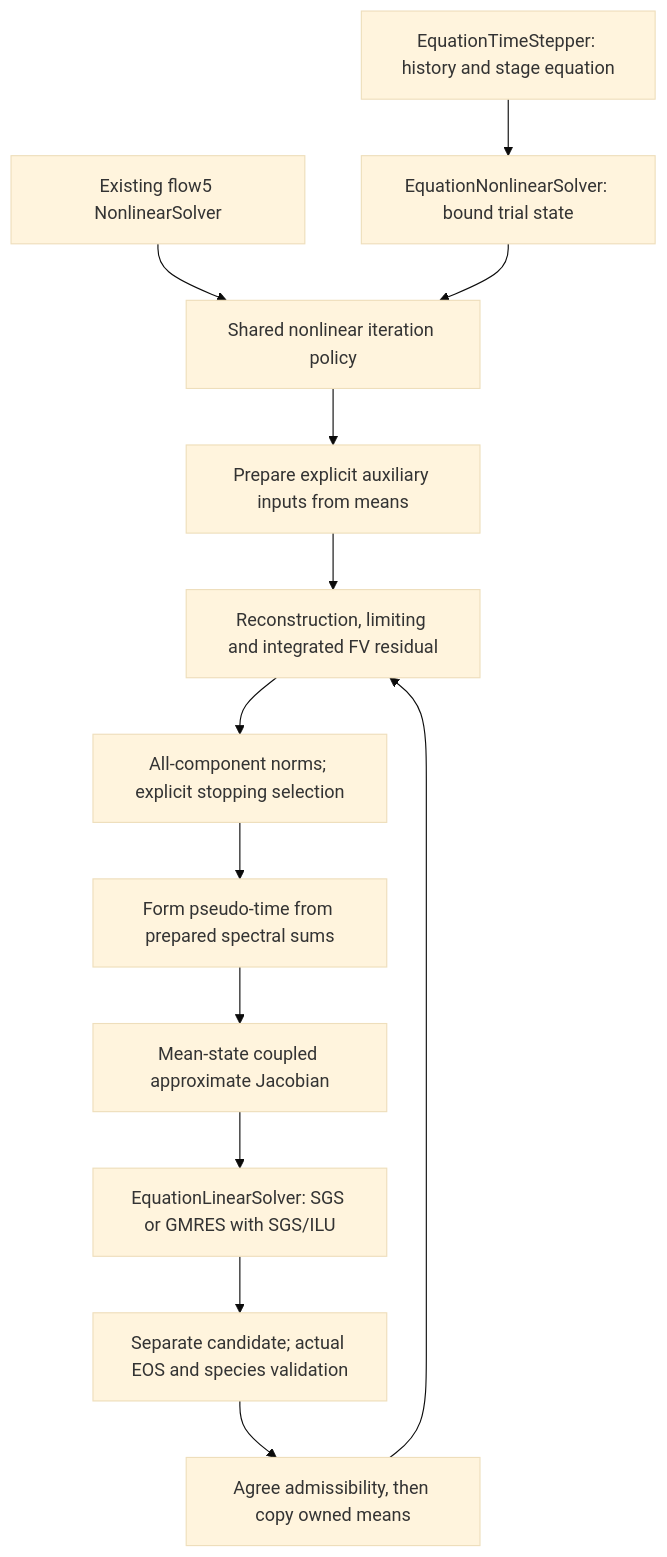
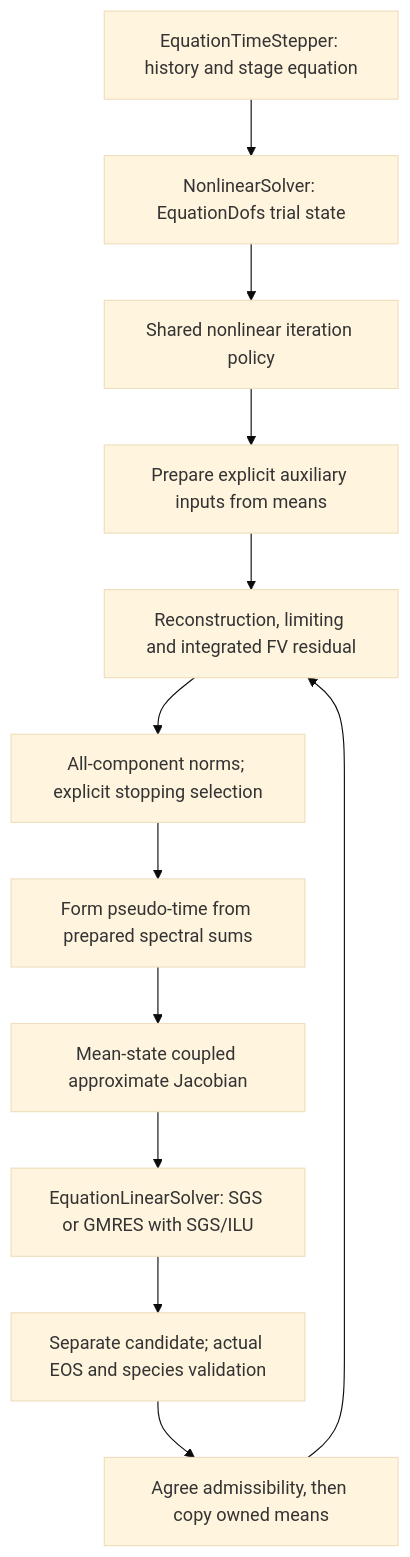
One commit to harryzhou2000/DNDSR changed the third of 3 diagrams in docs/architecture/CauchyImplicit.md. Above: the diagram before and after it, drawn with Mermaid (base theme). The commit also changed other lines of this file and 83 other files, not shown here.

````diff
--- a/docs/architecture/CauchyImplicit.md
+++ b/docs/architecture/CauchyImplicit.md
@@ -1410,15 +1410,14 @@
 ```mermaid
 flowchart TD
-    Time[EquationTimeStepper: history and stage equation] --> Equation[EquationNonlinearSolver: bound trial state]
-    Field[Existing flow5 NonlinearSolver] --> Policy[Shared nonlinear iteration policy]
-    Equation --> Policy
+    Time[EquationTimeStepper: history and stage equation] --> Solver[NonlinearSolver: EquationDofs trial state]
+    Solver --> Policy[Shared nonlinear iteration policy]
     Policy --> Auxiliary[Prepare explicit auxiliary inputs from means]
     Auxiliary --> Residual[Reconstruction, limiting and integrated FV residual]
     Residual --> Norm[All-component norms; explicit stopping selection]
     Norm --> PseudoTime[Form pseudo-time from prepared spectral sums]
     PseudoTime --> Jacobian[Mean-state coupled approximate Jacobian]
     Jacobian --> Linear[EquationLinearSolver: SGS or GMRES with SGS/ILU]
     Linear --> Candidate[Separate candidate; actual EOS and species validation]
     Candidate --> Commit[Agree admissibility, then copy owned means]
     Commit --> Residual
 ```
````
